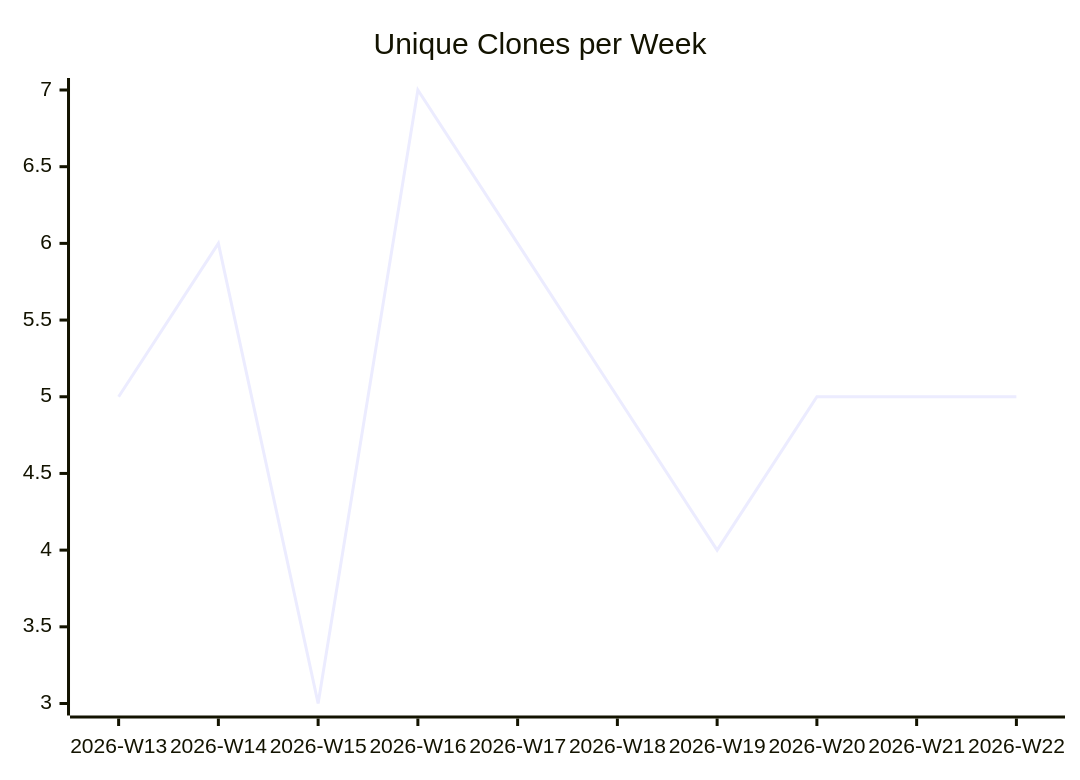
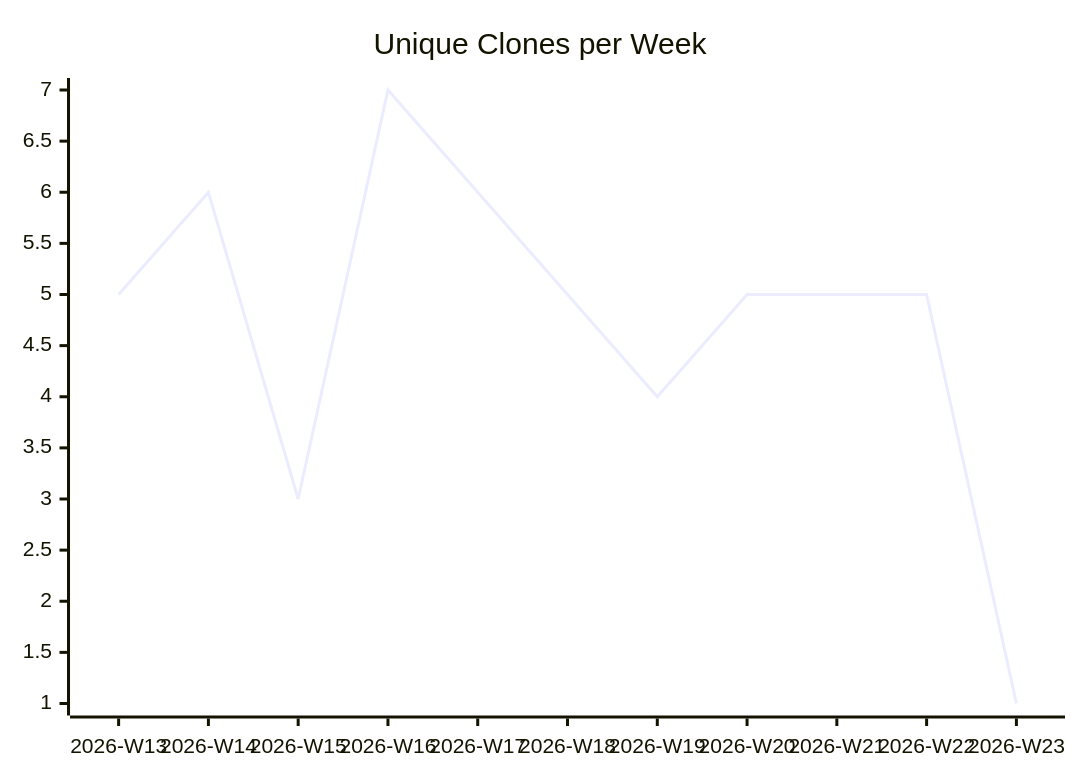
The third of 3 diagrams in karlmdavis/kxml2/README.md (justdavis-family/github-analytics-data), drawn with Mermaid before and after one commit. The commit also changed other lines of this file and 186 other files, not shown here.

````diff
--- a/karlmdavis/kxml2/README.md
+++ b/karlmdavis/kxml2/README.md
@@ -19,6 +19,6 @@
 ```mermaid
 xychart-beta
   title "Unique Clones per Week"
-  x-axis ["2026-W13", "2026-W14", "2026-W15", "2026-W16", "2026-W17", "2026-W18", "2026-W19", "2026-W20", "2026-W21", "2026-W22"]
-  line [5, 6, 3, 7, 6, 5, 4, 5, 5, 5]
+  x-axis ["2026-W13", "2026-W14", "2026-W15", "2026-W16", "2026-W17", "2026-W18", "2026-W19", "2026-W20", "2026-W21", "2026-W22", "2026-W23"]
+  line [5, 6, 3, 7, 6, 5, 4, 5, 5, 5, 1]
 ```
````
